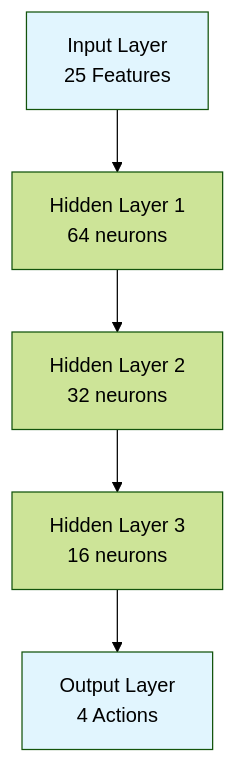
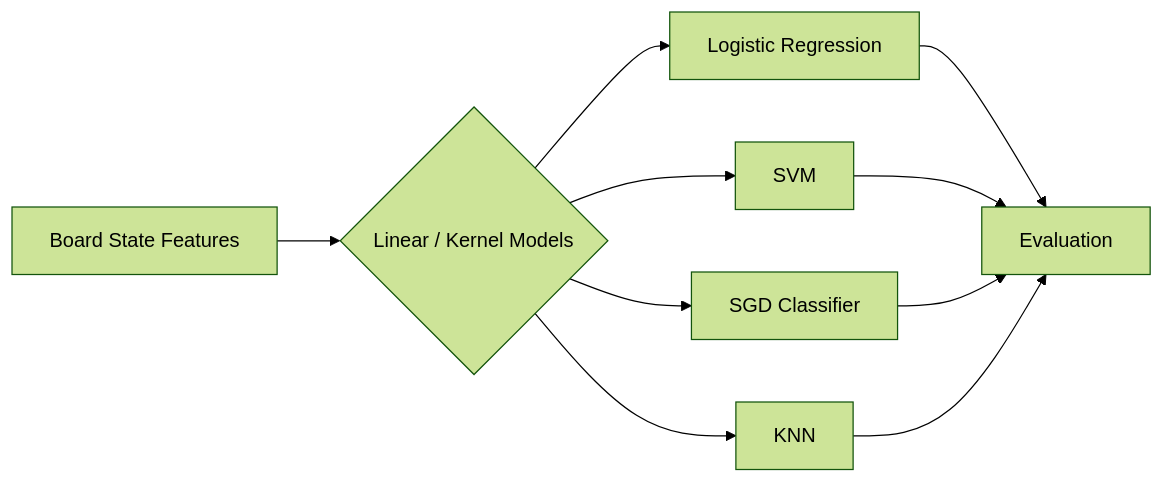
Before and after one commit to Evintkoo/2048-ml: the fourth of 6 diagrams in plan/05-Model/01-Algorithm/01-algorithm-research.md, drawn with Mermaid (forest theme). The commit also changed other lines of this file and 14 other files, not shown here.

````diff
--- a/plan/05-Model/01-Algorithm/01-algorithm-research.md
+++ b/plan/05-Model/01-Algorithm/01-algorithm-research.md
@@ -71,10 +107,12 @@
 ```mermaid
-flowchart TD
-    A[Input Layer<br/>25 Features] --> B[Hidden Layer 1<br/>64 neurons]
-    B --> C[Hidden Layer 2<br/>32 neurons]
-    C --> D[Hidden Layer 3<br/>16 neurons]
-    D --> E[Output Layer<br/>4 Actions]
-    
-    style A fill:#e1f5fe
-    style E fill:#e1f5fe
+flowchart LR
+    A[Board State Features] --> B{Linear / Kernel Models}
+    B --> C[Logistic Regression]
+    B --> D[SVM]
+    B --> E[SGD Classifier]
+    B --> F[KNN]
+    C --> G[Evaluation]
+    D --> G
+    E --> G
+    F --> G
 ```
````
